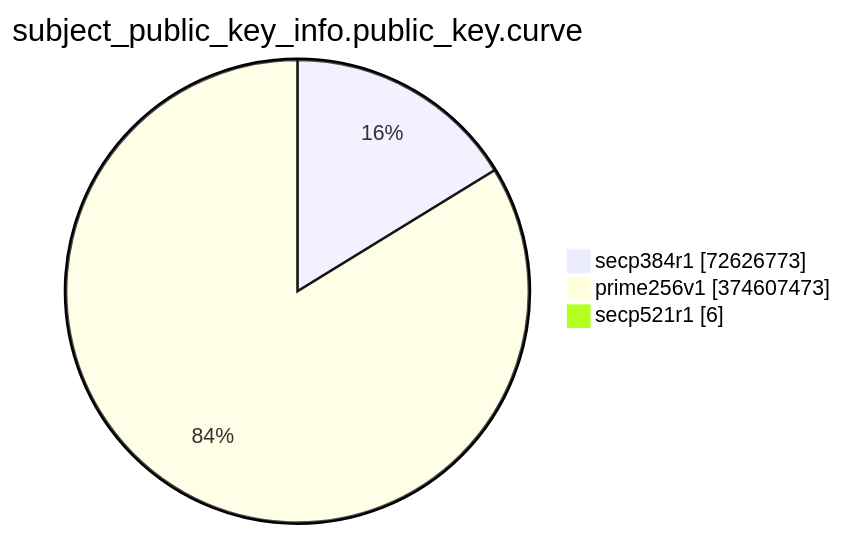
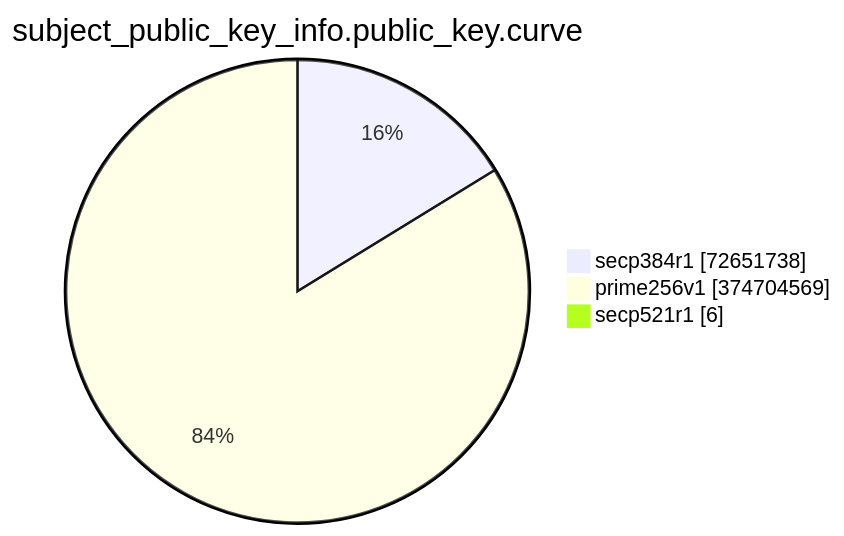
One commit to christiankrug/ctmonitor_visualization changed the eighth of 15 diagrams in TOTAL/README.md. Above: the diagram before and after it, drawn with Mermaid. The commit also changed other lines of this file, not shown here.

````diff
--- a/TOTAL/README.md
+++ b/TOTAL/README.md
@@ -3094,7 +3094,7 @@
 ```mermaid
 pie showData
 title subject_public_key_info.public_key.curve
-"secp384r1" :72626773
-"prime256v1" :374607473
+"secp384r1" :72651738
+"prime256v1" :374704569
 "secp521r1" :6
 ```
````
